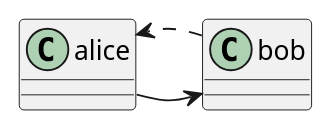
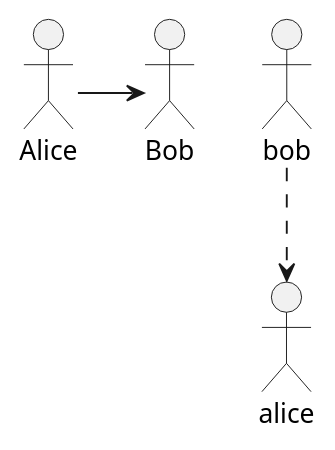
One commit to Tschakki/lisk-docs changed the diagram in modules/ROOT/pages/start.adoc. Above: the diagram before and after it, drawn with PlantUML. The commit also changed other lines of this file, not shown here.

Commit message:
change uml

```diff
--- a/modules/ROOT/pages/start.adoc
+++ b/modules/ROOT/pages/start.adoc
@@ -10,5 +10,5 @@
 [plantuml]
 ----
-alice -> bob
-bob ..> alice
+:Alice: -> :Bob:
+:bob: ..> :alice:
 ----
```
